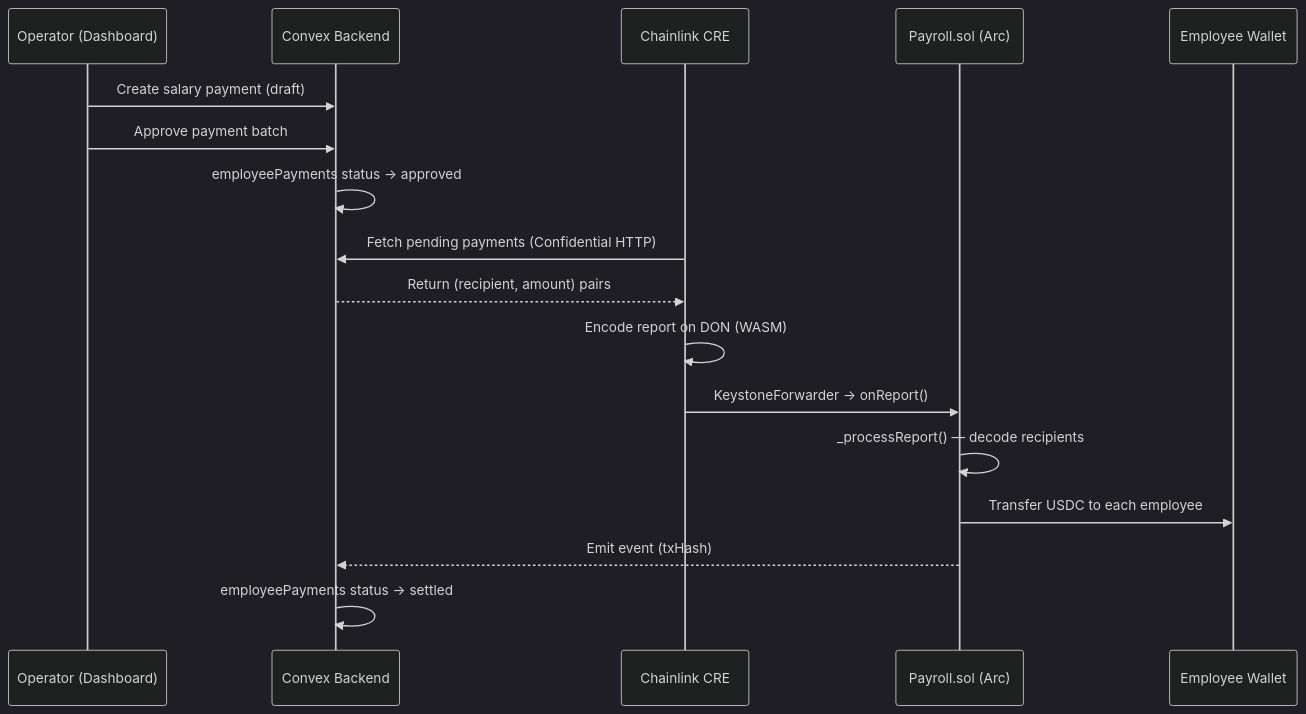
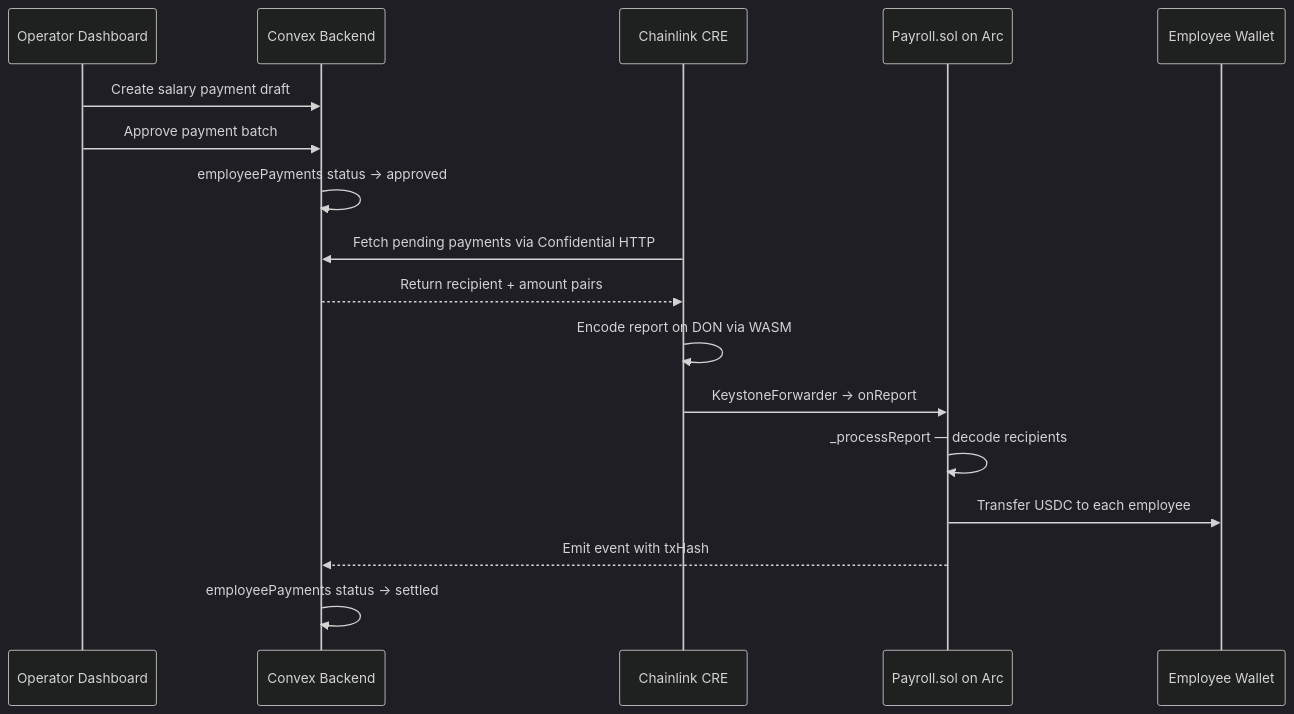
The second of 6 diagrams in ARCHITECTURE.md (Cannes2026EthGlobal/webapp), drawn with Mermaid (dark theme) before and after one commit. The commit also changed other lines of this file, not shown here.

Commit message:
fix: escape Mermaid syntax — remove parentheses from link labels and rename reserved PS alias

````diff
--- a/ARCHITECTURE.md
+++ b/ARCHITECTURE.md
@@ -215,20 +215,20 @@
 ```mermaid
 sequenceDiagram
-    participant Op as Operator (Dashboard)
+    participant Op as Operator Dashboard
     participant CX as Convex Backend
     participant CRE as Chainlink CRE
-    participant PS as Payroll.sol (Arc)
+    participant PAY as Payroll.sol on Arc
     participant EW as Employee Wallet
 
-    Op->>CX: Create salary payment (draft)
+    Op->>CX: Create salary payment draft
     Op->>CX: Approve payment batch
     CX->>CX: employeePayments status → approved
-    CRE->>CX: Fetch pending payments (Confidential HTTP)
-    CX-->>CRE: Return (recipient, amount) pairs
-    CRE->>CRE: Encode report on DON (WASM)
-    CRE->>PS: KeystoneForwarder → onReport()
-    PS->>PS: _processReport() — decode recipients
-    PS->>EW: Transfer USDC to each employee
-    PS-->>CX: Emit event (txHash)
+    CRE->>CX: Fetch pending payments via Confidential HTTP
+    CX-->>CRE: Return recipient + amount pairs
+    CRE->>CRE: Encode report on DON via WASM
+    CRE->>PAY: KeystoneForwarder → onReport
+    PAY->>PAY: _processReport — decode recipients
+    PAY->>EW: Transfer USDC to each employee
+    PAY-->>CX: Emit event with txHash
     CX->>CX: employeePayments status → settled
 ```
````
